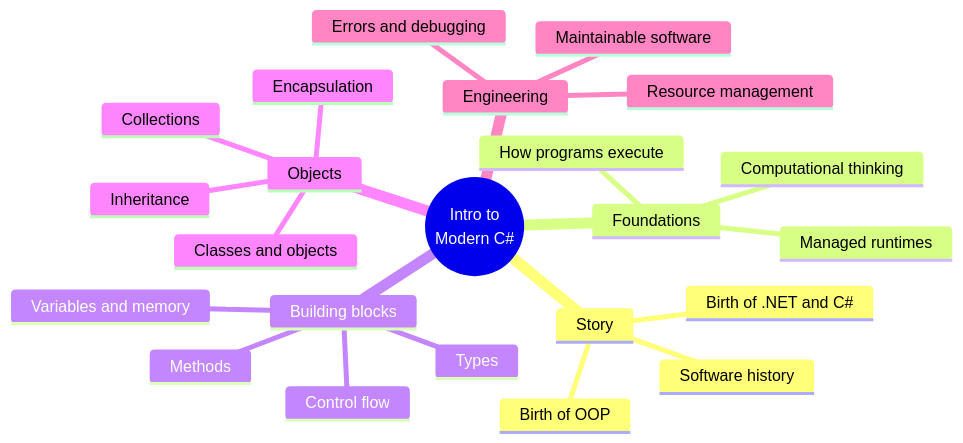
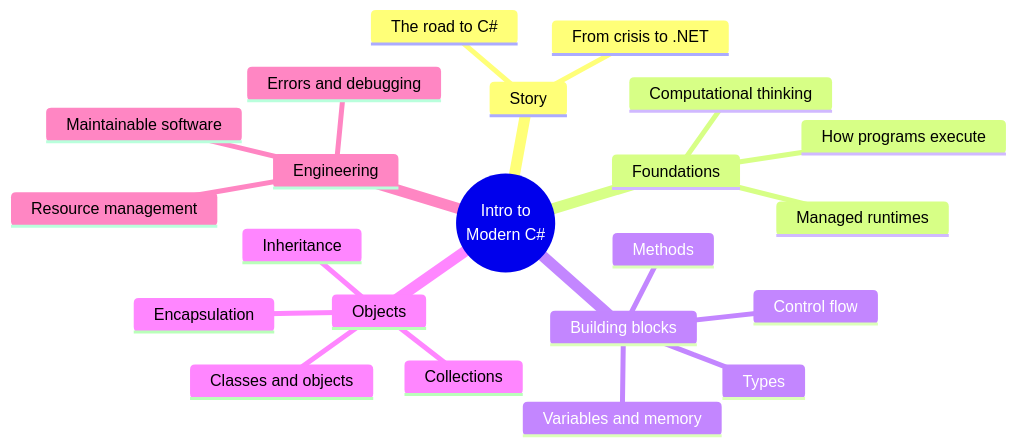
The diagram in content/learn/intro-modern-csharp/index.mdx (dataslope/dataslope), drawn with Mermaid before and after one commit. The commit also changed other lines of this file and 12 other files, not shown here.

````diff
--- a/content/learn/intro-modern-csharp/index.mdx
+++ b/content/learn/intro-modern-csharp/index.mdx
@@ -62,26 +91,25 @@
 ```mermaid
 mindmap
   root((Intro to<br/>Modern C#))
     Story
-      Software history
-      Birth of OOP
-      Birth of .NET and C#
+      The road to C#
+      From crisis to .NET
     Foundations
       Computational thinking
       How programs execute
       Managed runtimes
     Building blocks
       Variables and memory
       Types
       Control flow
       Methods
     Objects
       Classes and objects
       Encapsulation
       Inheritance
       Collections
     Engineering
       Errors and debugging
       Resource management
       Maintainable software
 ```
````
